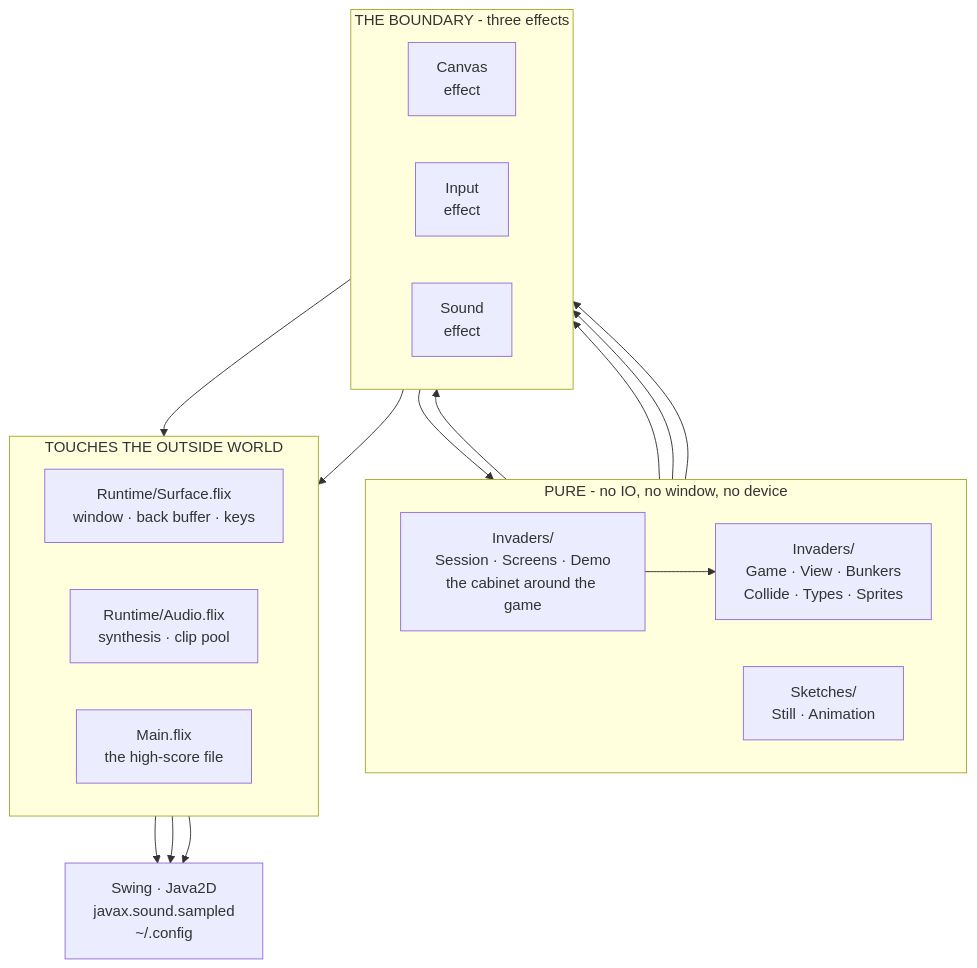
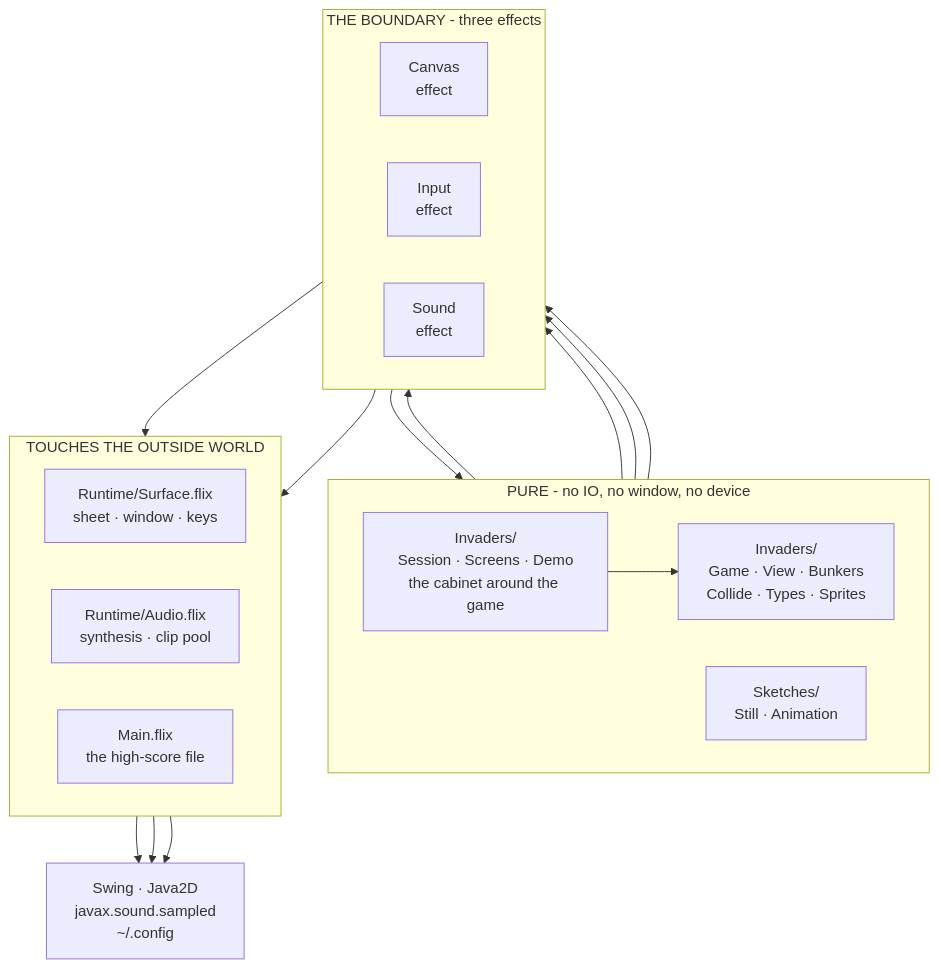
Before and after one commit to wstein/flix-invaders: the second of 6 diagrams in README.md, drawn with Mermaid. The commit also changed other lines of this file and 2 other files, not shown here.

````diff
--- a/README.md
+++ b/README.md
@@ -128,37 +128,37 @@
 ```mermaid
 flowchart TB
     subgraph pure["PURE - no IO, no window, no device"]
         direction LR
         cab["Invaders/<br>Session · Screens · Demo<br>the cabinet around the game"]
         model["Invaders/<br>Game · View · Bunkers<br>Collide · Types · Sprites"]
         demos["Sketches/<br>Still · Animation"]
     end
 
     subgraph seam["THE BOUNDARY - three effects"]
         direction LR
         canvas["Canvas<br>effect"]
         input["Input<br>effect"]
         sound["Sound<br>effect"]
     end
 
     subgraph java["TOUCHES THE OUTSIDE WORLD"]
         direction LR
-        sketch["Runtime/Surface.flix<br>window · back buffer · keys"]
+        sketch["Runtime/Surface.flix<br>sheet · window · keys"]
         audio["Runtime/Audio.flix<br>synthesis · clip pool"]
         main["Main.flix<br>the high-score file"]
     end
 
     ext["Swing · Java2D<br>javax.sound.sampled<br>~/.config"]
 
     cab --> model
     cab --> canvas
     model --> canvas
     model --> sound
     demos --> canvas
     input --> model
     canvas --> sketch
     sound --> audio
     sketch --> ext
     audio --> ext
     main --> ext
 ```
````
